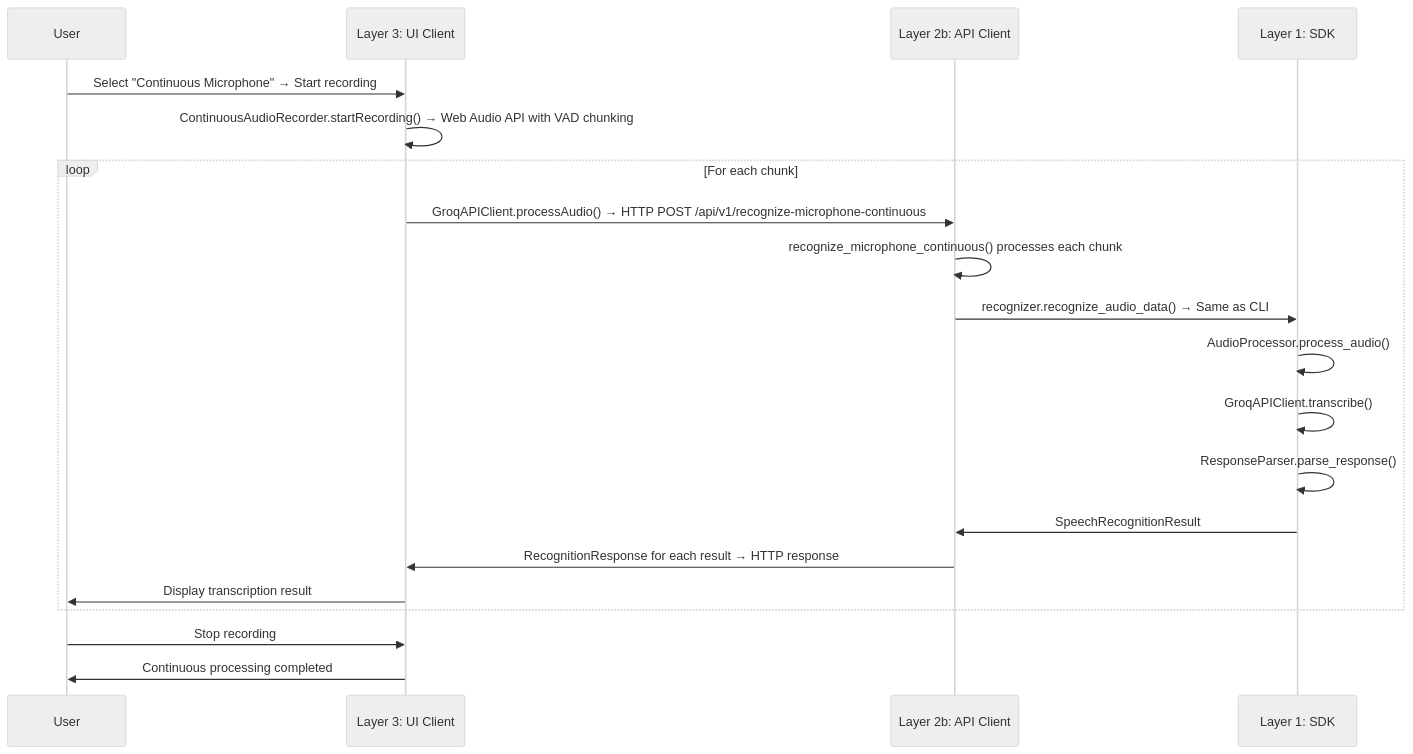
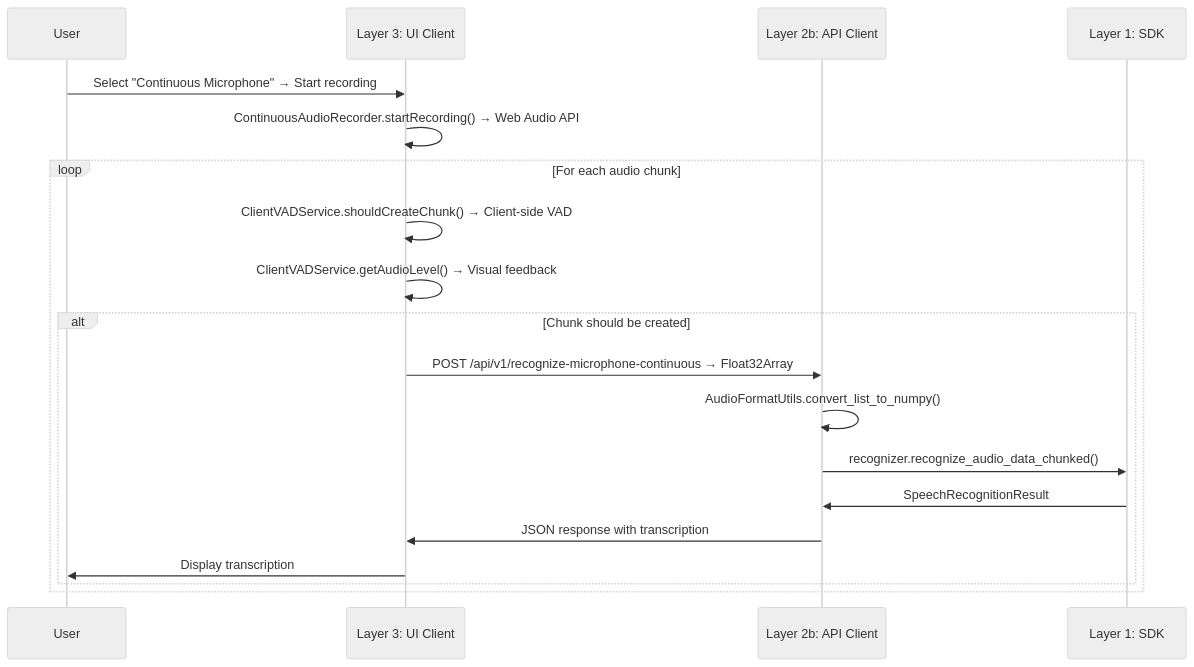
Before and after one commit to sreenivasmrpivot/groq-speech: the eighth of 8 diagrams in docs/ARCHITECTURE.md, drawn with Mermaid (neutral theme). The commit also changed other lines of this file and 13 other files, not shown here.

````diff
--- a/docs/ARCHITECTURE.md
+++ b/docs/ARCHITECTURE.md
@@ -428,23 +236,22 @@
 ```mermaid
 sequenceDiagram
     participant User
     participant UI as Layer 3: UI Client
     participant API as Layer 2b: API Client
     participant SDK as Layer 1: SDK
     
     User->>UI: Select "Continuous Microphone" → Start recording
-    UI->>UI: ContinuousAudioRecorder.startRecording() → Web Audio API with VAD chunking
-    loop For each chunk
-        UI->>API: GroqAPIClient.processAudio() → HTTP POST /api/v1/recognize-microphone-continuous
-        API->>API: recognize_microphone_continuous() processes each chunk
-        API->>SDK: recognizer.recognize_audio_data() → Same as CLI
-        SDK->>SDK: AudioProcessor.process_audio()
-        SDK->>SDK: GroqAPIClient.transcribe()
-        SDK->>SDK: ResponseParser.parse_response()
-        SDK->>API: SpeechRecognitionResult
-        API->>UI: RecognitionResponse for each result → HTTP response
-        UI->>User: Display transcription result
+    UI->>UI: ContinuousAudioRecorder.startRecording() → Web Audio API
+    loop For each audio chunk
+        UI->>UI: ClientVADService.shouldCreateChunk() → Client-side VAD
+        UI->>UI: ClientVADService.getAudioLevel() → Visual feedback
+        alt Chunk should be created
+            UI->>API: POST /api/v1/recognize-microphone-continuous → Float32Array
+            API->>API: AudioFormatUtils.convert_list_to_numpy()
+            API->>SDK: recognizer.recognize_audio_data_chunked()
+            SDK->>API: SpeechRecognitionResult
+            API->>UI: JSON response with transcription
+            UI->>User: Display transcription
+        end
     end
-    User->>UI: Stop recording
-    UI->>User: Continuous processing completed
 ```
````
